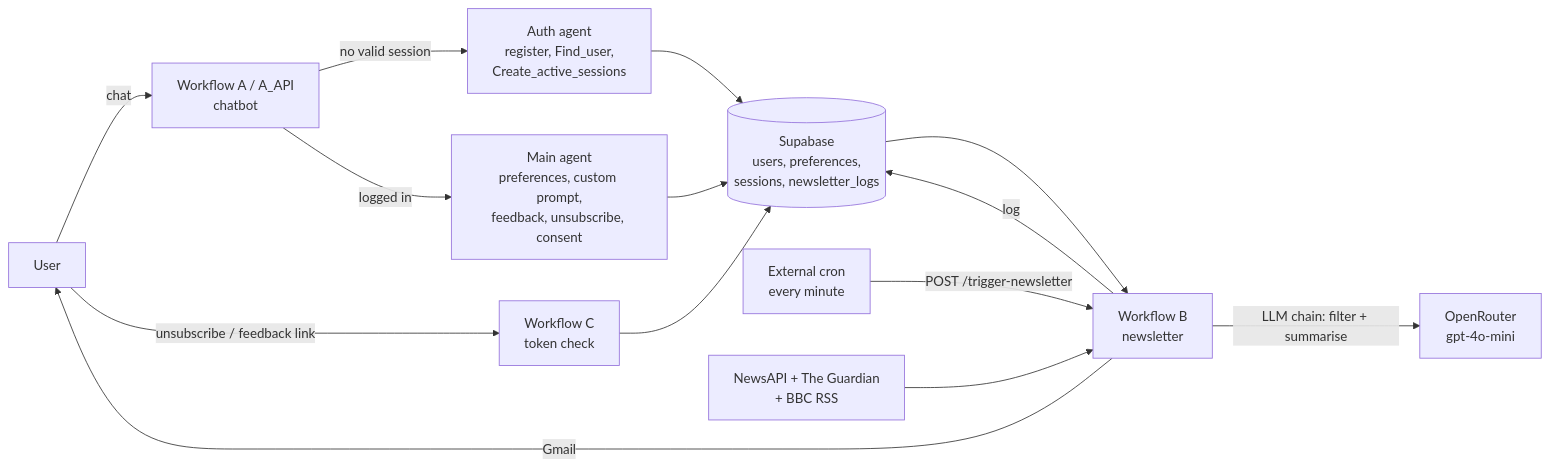
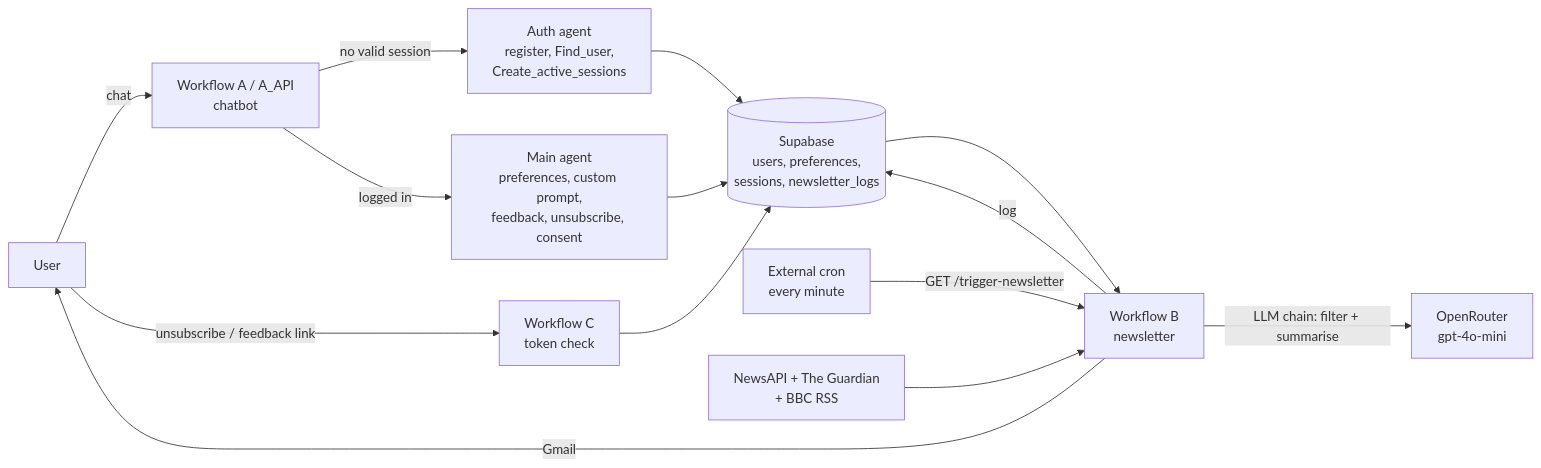
One commit to Ridwane777/persona-agent changed the diagram in README.md. Above: the diagram before and after it, drawn with Mermaid. The commit also changed other lines of this file and 9 other files, not shown here.

First line of the commit message:
fix: bind user_id to the session, escape email HTML, protect the newsletter trigger

````diff
--- a/README.md
+++ b/README.md
@@ -15,16 +15,16 @@
 ```mermaid
 flowchart LR
     U[User] -->|chat| A[Workflow A / A_API<br/>chatbot]
     A -->|no valid session| AUTH[Auth agent<br/>register, Find_user,<br/>Create_active_sessions]
     A -->|logged in| MAIN[Main agent<br/>preferences, custom prompt,<br/>feedback, unsubscribe, consent]
     AUTH --> DB[(Supabase<br/>users, preferences,<br/>sessions, newsletter_logs)]
     MAIN --> DB
-    CRON[External cron<br/>every minute] -->|POST /trigger-newsletter| B[Workflow B<br/>newsletter]
+    CRON[External cron<br/>every minute] -->|GET /trigger-newsletter| B[Workflow B<br/>newsletter]
     DB --> B
     NEWS[NewsAPI + The Guardian<br/>+ BBC RSS] --> B
     B -->|LLM chain: filter + summarise| LLM[OpenRouter<br/>gpt-4o-mini]
     B -->|Gmail| U
     B -->|log| DB
     U -->|unsubscribe / feedback link| C[Workflow C<br/>token check]
     C --> DB
 ```
````
